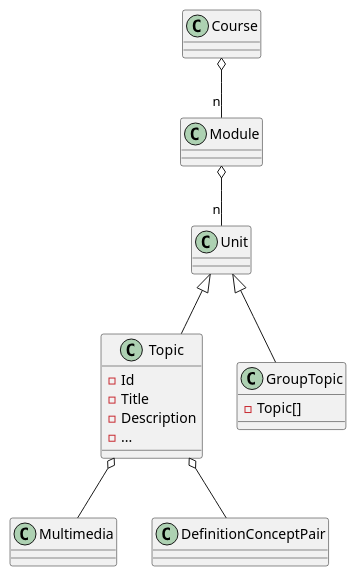
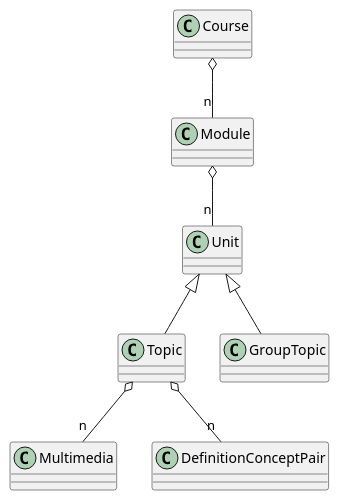
The diagram in src/Course.puml (jumpering/lab-turing), drawn with PlantUML before and after one commit. The commit also changed 4 other files, not shown here.

```diff
--- a/src/Course.puml
+++ b/src/Course.puml
@@ -1,23 +1,16 @@
 @startuml
 class Course
 class Module
 class Unit
-class Topic{
-    -Id
-    -Title
-    -Description
-    -...
-}
-class GroupTopic{
-    -Topic[]
-}
+class Topic
+class GroupTopic
 class Multimedia
 
 Course o--"n" Module
 Module o--"n" Unit
 Unit <|-- Topic
 Unit <|-- GroupTopic
-Topic o-- DefinitionConceptPair
-Topic o-- Multimedia
+Topic o-- "n" DefinitionConceptPair
+Topic o-- "n" Multimedia
 
 @enduml
```
